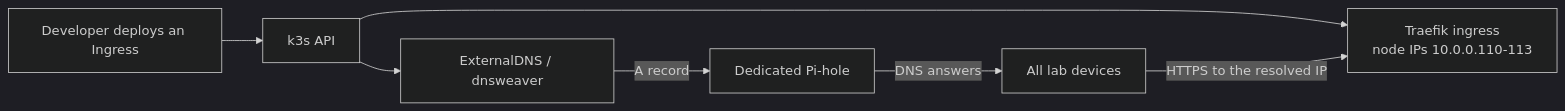
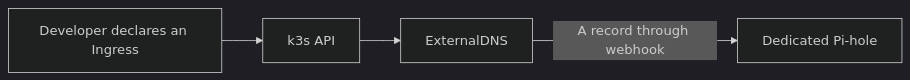
One commit to 211lab/atlas changed the first of 2 diagrams in docs/pihole-dns.md. Above: the diagram before and after it, drawn with Mermaid (dark theme). The commit also changed other lines of this file and 25 other files, not shown here.

````diff
--- a/docs/pihole-dns.md
+++ b/docs/pihole-dns.md
@@ -19,9 +27,6 @@
 ```mermaid
 flowchart LR
-    Dev[Developer deploys an Ingress] --> K8s[k3s API]
-    K8s --> ED[ExternalDNS / dnsweaver]
-    ED -->|A record| PH[Dedicated Pi-hole]
-    PH -->|DNS answers| LAN[All lab devices]
-    K8s --> Traefik[Traefik ingress<br/>node IPs 10.0.0.110-113]
-    LAN -->|HTTPS to the resolved IP| Traefik
+    Dev[Developer declares an Ingress] --> K8s[k3s API]
+    K8s --> ED[ExternalDNS]
+    ED -->|A record through webhook| PH[Dedicated Pi-hole]
 ```
````
